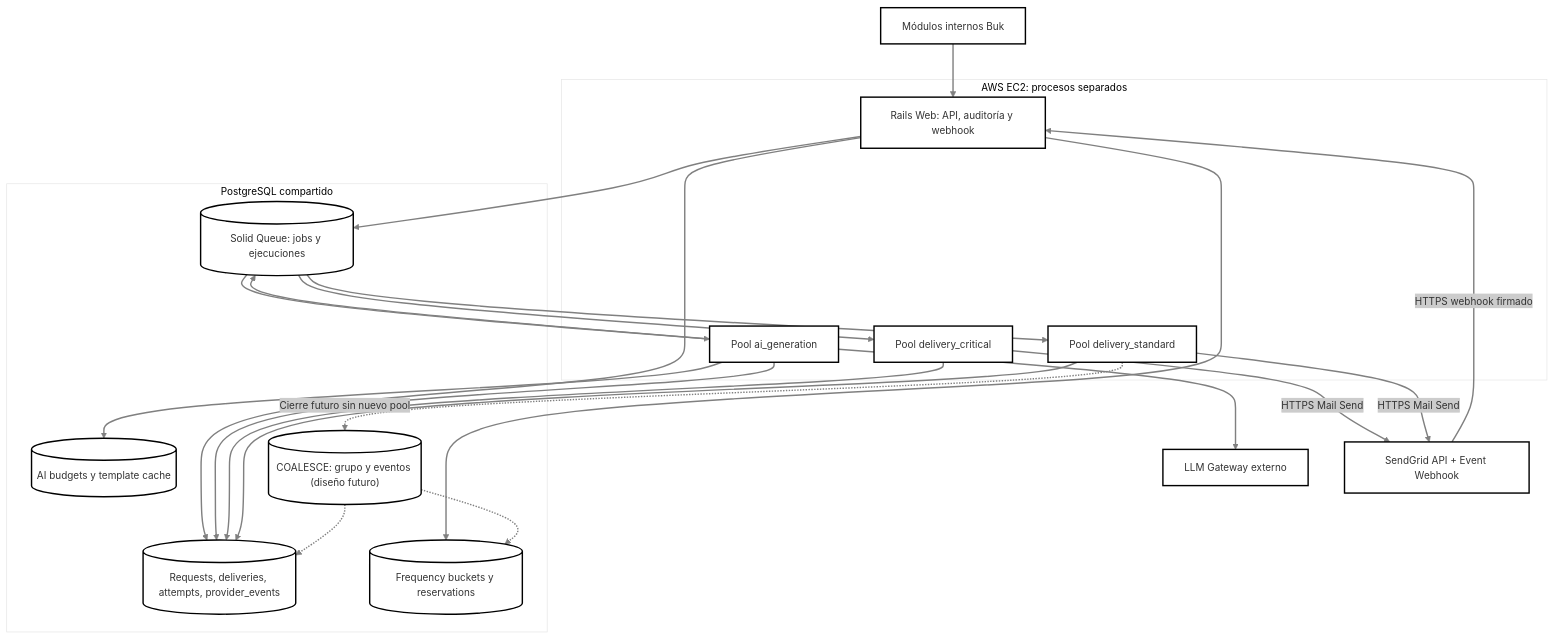
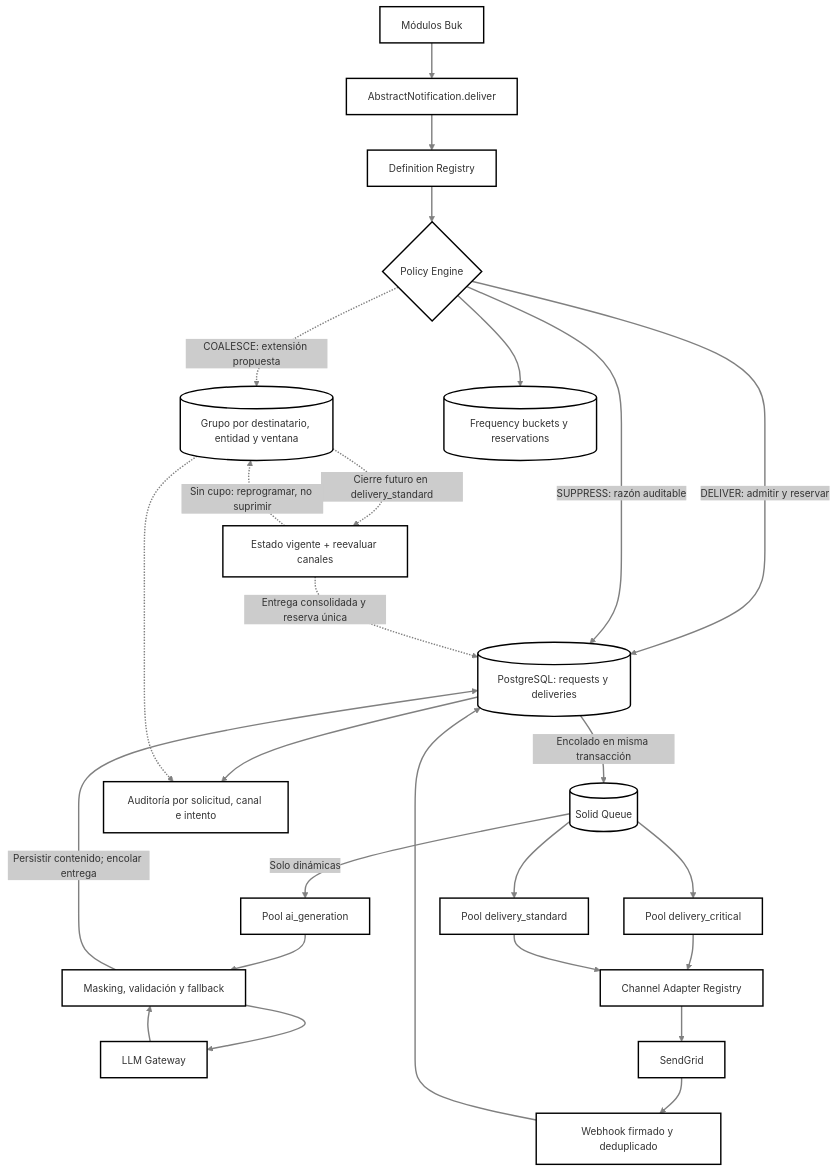
One commit to natha9404/codespaces-rails changed the diagram in app/assets/images/arquitectura.mmd. Above: the diagram before and after it, drawn with Mermaid.

Commit message:
Update flowchart in arquitectural diagram

```diff
--- a/app/assets/images/arquitectura.mmd
+++ b/app/assets/images/arquitectura.mmd
@@ -1,42 +1,33 @@
 ---
 config:
   theme: neo
 ---
 flowchart TB
-  Modules["Módulos internos Buk"]
-  subgraph EC2["AWS EC2: procesos separados"]
-    Web["Rails Web: API, auditoría y webhook"]
-    AI["Pool ai_generation"]
-    Critical["Pool delivery_critical"]
-    Standard["Pool delivery_standard"]
-  end
-  subgraph PG["PostgreSQL compartido"]
-    Business[("Requests, deliveries, attempts, provider_events")]
-    Freq[("Frequency buckets y reservations")]
-    SQ[("Solid Queue: jobs y ejecuciones")]
-    AIData[("AI budgets y template cache")]
-    Future[("COALESCE: grupo y eventos (diseño futuro)")]
-  end
-  LLM["LLM Gateway externo"]
-  SG["SendGrid API + Event Webhook"]
-  Modules --> Web
-  Web --> Business
-  Web --> Freq
-  Web --> SQ
-  SQ --> AI
-  SQ --> Critical
-  SQ --> Standard
-  AI --> LLM
-  AI --> AIData
-  AI --> Business
-  AI --> SQ
-  Critical --> Business
-  Standard --> Business
-  Critical -->|"HTTPS Mail Send"| SG
-  Standard -->|"HTTPS Mail Send"| SG
-  SG -->|"HTTPS webhook firmado"| Web
-  Standard -.->|"Cierre futuro sin nuevo pool"| Future
-  Future -.-> Business
-  Future -.-> Freq
+  Modules["Módulos Buk"] --> API["AbstractNotification.deliver"]
+  API --> Registry["Definition Registry"] --> Policy{"Policy Engine"}
+  Policy -->|"DELIVER: admitir y reservar"| DB[("PostgreSQL: requests y deliveries")]
+  Policy -->|"SUPPRESS: razón auditable"| DB
+  Policy -.->|"COALESCE: extensión propuesta"| Group[("Grupo por destinatario, entidad y ventana")]
+  Group -.->|"Cierre futuro en delivery_standard"| Eligibility["Estado vigente + reevaluar canales"]
+  Eligibility -.->|"Sin cupo: reprogramar, no suprimir"| Group
+  Eligibility -.->|"Entrega consolidada y reserva única"| DB
+  Policy --> Freq[("Frequency buckets y reservations")]
+  DB -->|"Encolado en misma transacción"| SQ[("Solid Queue")]
+  SQ -->|"Solo dinámicas"| AI["Pool ai_generation"]
+  AI --> Guard["Masking, validación y fallback"]
+  Guard --> LLM["LLM Gateway"]
+  LLM --> Guard
+  Guard -->|"Persistir contenido; encolar entrega"| DB
+  SQ --> Critical["Pool delivery_critical"]
+  SQ --> Standard["Pool delivery_standard"]
+  Critical --> Adapter["Channel Adapter Registry"]
+  Standard --> Adapter
+  Adapter --> SG["SendGrid"]
+  SG --> Hook["Webhook firmado y deduplicado"]
+  Hook --> DB
+  DB --> Audit["Auditoría por solicitud, canal e intento"]
+  Group -.-> Audit
+
+
 
         linkStyle default stroke:#808080
```
